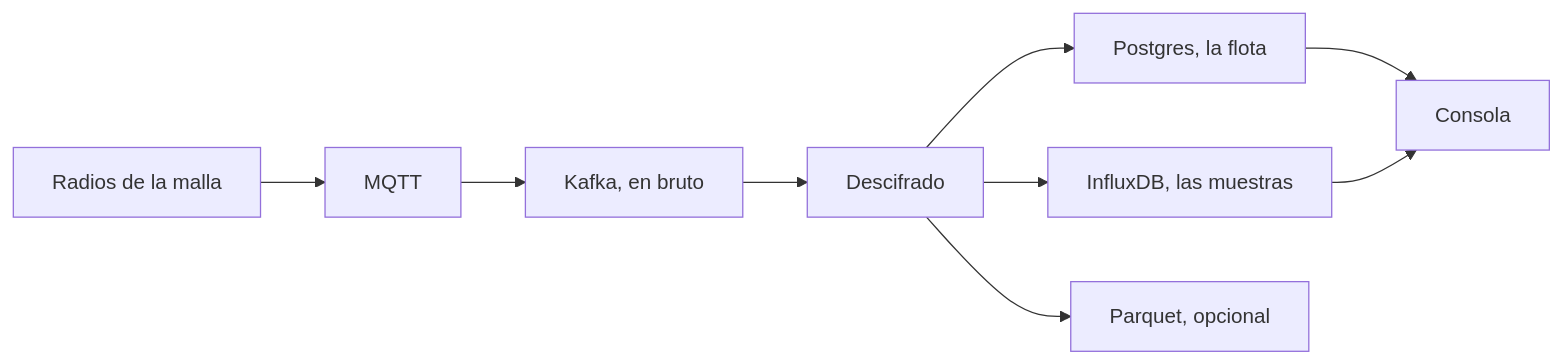
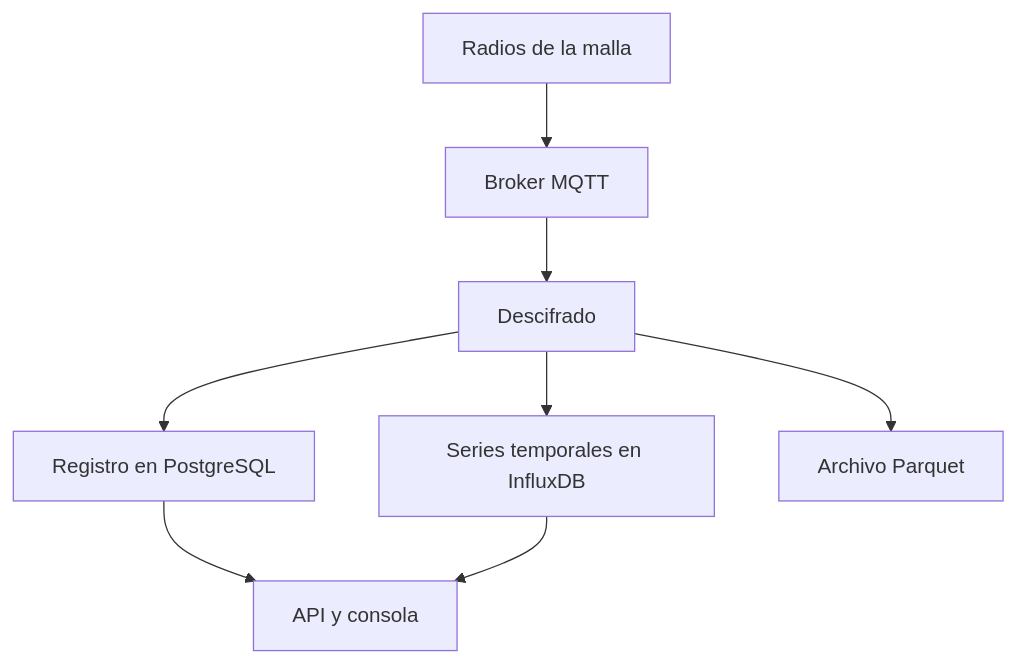
The diagram in apps/web/content/docs/es/overview.mdx (sensical-coop/mesh-things-apps), drawn with Mermaid before and after one commit. The commit also changed other lines of this file and 27 other files, not shown here.

````diff
--- a/apps/web/content/docs/es/overview.mdx
+++ b/apps/web/content/docs/es/overview.mdx
@@ -10,11 +10,10 @@
 ```mermaid
-flowchart LR
-  radios["Radios de la malla"] --> mqtt["MQTT"]
-  mqtt --> raw["Kafka, en bruto"]
-  raw --> decode["Descifrado"]
-  decode --> catalog["Postgres, la flota"]
-  decode --> series["InfluxDB, las muestras"]
-  decode --> archive["Parquet, opcional"]
-  catalog --> console["Consola"]
+flowchart TD
+  radios["Radios de la malla"] --> mqtt["Broker MQTT"]
+  mqtt --> decoder["Descifrado"]
+  decoder --> registry["Registro en PostgreSQL"]
+  decoder --> series["Series temporales en InfluxDB"]
+  decoder --> archive["Archivo Parquet"]
+  registry --> console["API y consola"]
   series --> console
 ```
````
